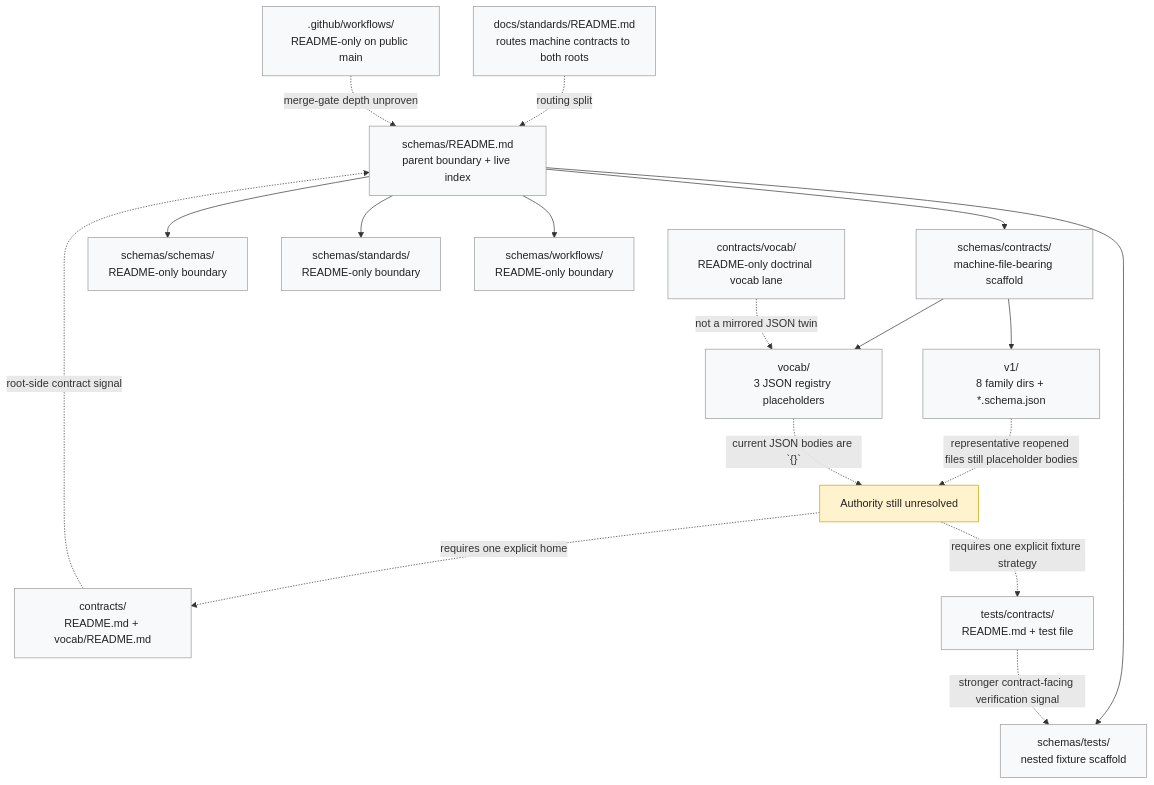
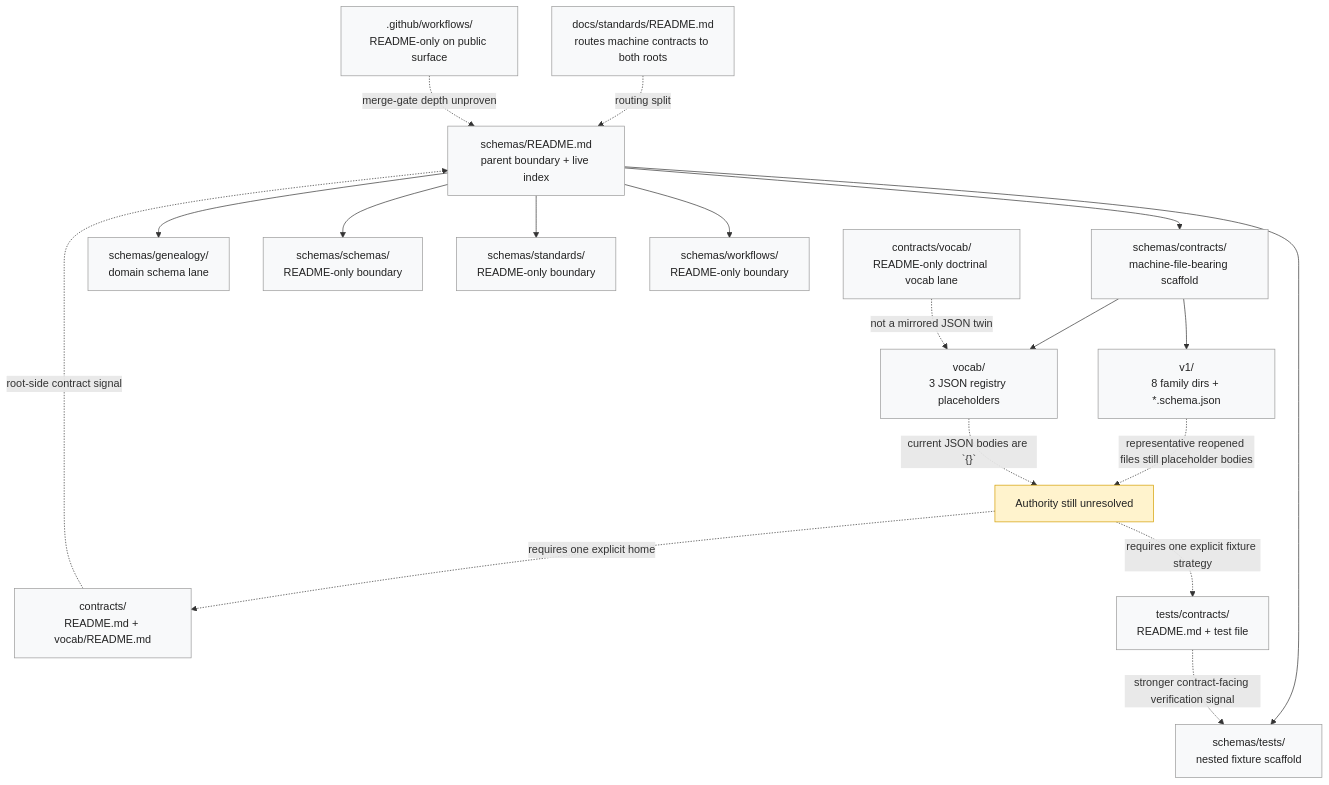
The diagram in schemas/README.md (bartytime4life/Kansas-Frontier-Matrix), drawn with Mermaid before and after one commit. The commit also changed other lines of this file, not shown here.

````diff
--- a/schemas/README.md
+++ b/schemas/README.md
@@ -377,29 +457,30 @@
 ```mermaid
 flowchart TB
     P["schemas/README.md<br/>parent boundary + live index"]
 
     P --> SC["schemas/contracts/<br/>machine-file-bearing scaffold"]
+    P --> SG["schemas/genealogy/<br/>domain schema lane"]
     P --> SS["schemas/schemas/<br/>README-only boundary"]
     P --> ST["schemas/standards/<br/>README-only boundary"]
     P --> STS["schemas/tests/<br/>nested fixture scaffold"]
     P --> SW["schemas/workflows/<br/>README-only boundary"]
 
     SC --> V1["v1/<br/>8 family dirs + *.schema.json"]
     SC --> VOC["vocab/<br/>3 JSON registry placeholders"]
 
     ROOTC["contracts/<br/>README.md + vocab/README.md"] -. root-side contract signal .-> P
     ROOTV["contracts/vocab/<br/>README-only doctrinal vocab lane"] -. not a mirrored JSON twin .-> VOC
     STD["docs/standards/README.md<br/>routes machine contracts to both roots"] -. routing split .-> P
     TCON["tests/contracts/<br/>README.md + test file"] -. stronger contract-facing verification signal .-> STS
-    WF[".github/workflows/<br/>README-only on public main"] -. merge-gate depth unproven .-> P
+    WF[".github/workflows/<br/>README-only on public surface"] -. merge-gate depth unproven .-> P
 
     V1 -. representative reopened files still placeholder bodies .-> A["Authority still unresolved"]
     VOC -. current JSON bodies are `{}` .-> A
     A -. requires one explicit home .-> ROOTC
     A -. requires one explicit fixture strategy .-> TCON
 
     classDef soft fill:#f8f9fa,stroke:#999,color:#222;
     classDef warn fill:#fff3cd,stroke:#d39e00,color:#222;
-    class P,SC,SS,ST,STS,SW,V1,VOC,ROOTC,ROOTV,STD,TCON,WF soft;
+    class P,SC,SG,SS,ST,STS,SW,V1,VOC,ROOTC,ROOTV,STD,TCON,WF soft;
     class A warn;
 ```
````
